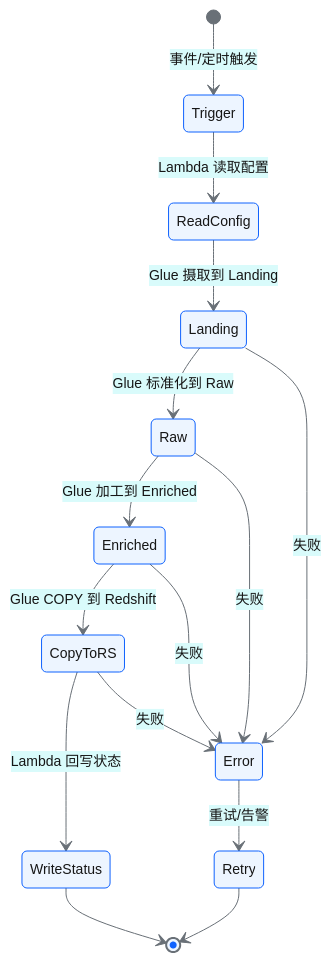
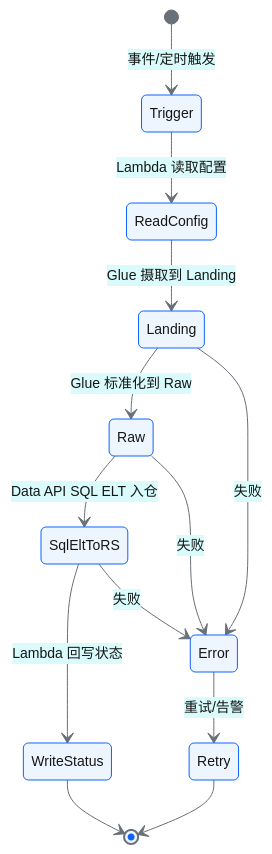
Before and after one commit to zhiweio/from-data-to-intelligence: the third of 6 diagrams in docs/10-编排与调度设计-StepFunctions与EventBridge.md, drawn with Mermaid. The commit also changed other lines of this file and 69 other files, not shown here.

````diff
--- a/docs/10-编排与调度设计-StepFunctions与EventBridge.md
+++ b/docs/10-编排与调度设计-StepFunctions与EventBridge.md
@@ -98,19 +103,17 @@
 ```mermaid
 %%{init: {'theme':'base','themeVariables':{'primaryColor':'#edf5ff','primaryTextColor':'#161616','primaryBorderColor':'#0f62fe','lineColor':'#697077','secondaryColor':'#d9fbfb','tertiaryColor':'#f2f4f8','fontSize':'14px'}}}%%
 stateDiagram-v2
     [*] --> Trigger: 事件/定时触发
     Trigger --> ReadConfig: Lambda 读取配置
     ReadConfig --> Landing: Glue 摄取到 Landing
     Landing --> Raw: Glue 标准化到 Raw
-    Raw --> Enriched: Glue 加工到 Enriched
-    Enriched --> CopyToRS: Glue COPY 到 Redshift
-    CopyToRS --> WriteStatus: Lambda 回写状态
+    Raw --> SqlEltToRS: Data API SQL ELT 入仓
+    SqlEltToRS --> WriteStatus: Lambda 回写状态
     WriteStatus --> [*]
 
     Landing --> Error: 失败
     Raw --> Error: 失败
-    Enriched --> Error: 失败
-    CopyToRS --> Error: 失败
+    SqlEltToRS --> Error: 失败
     Error --> Retry: 重试/告警
     Retry --> [*]
 ```
````
